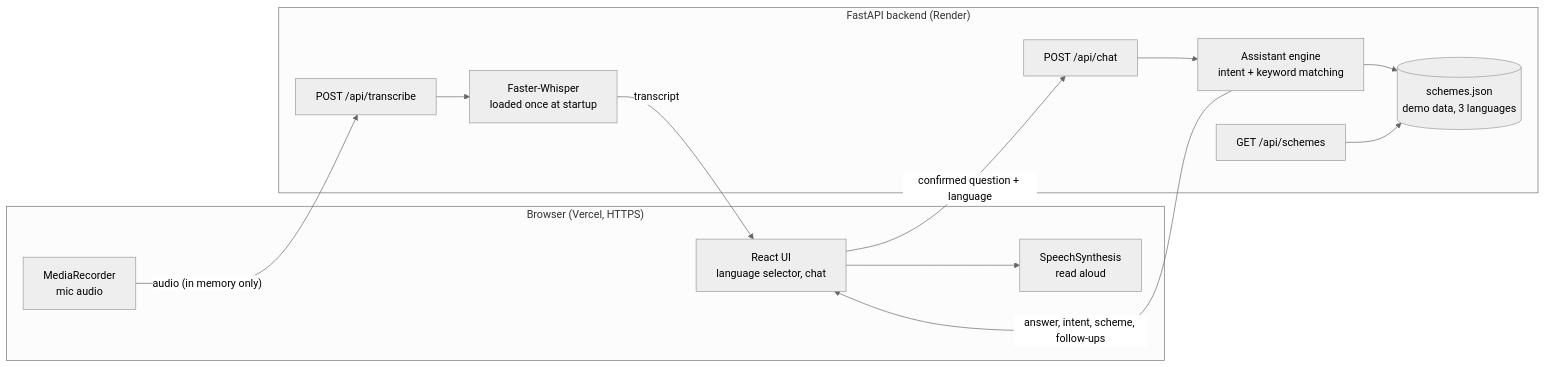
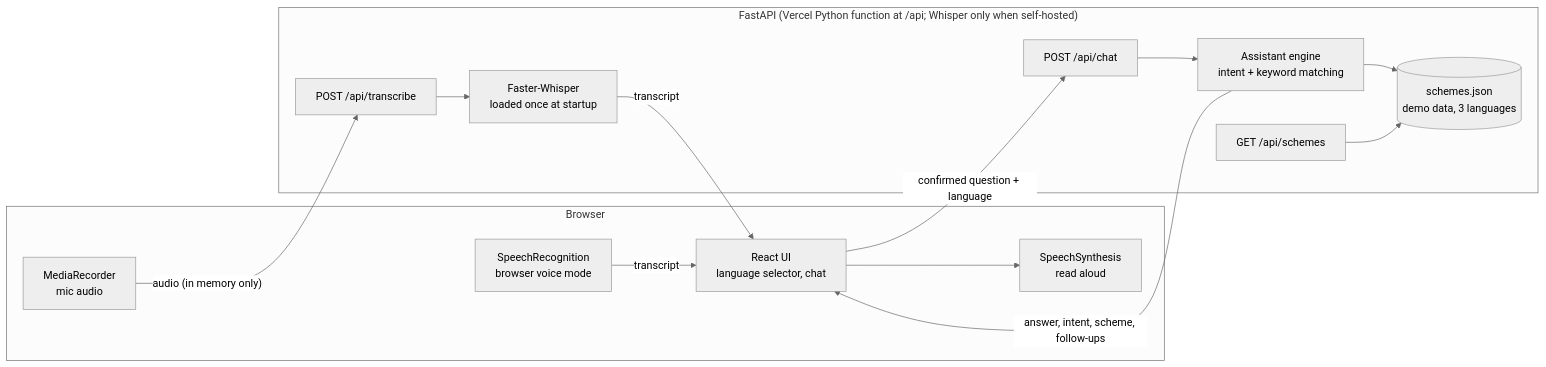
Before and after one commit to codedbygo/BashaBuddy: the diagram in README.md, drawn with Mermaid (neutral theme). The commit also changed other lines of this file and 9 other files, not shown here.

Commit message:
Host everything on Vercel: API as Python function, browser speech recognition

````diff
--- a/README.md
+++ b/README.md
@@ -40,22 +42,24 @@
 ```mermaid
 flowchart LR
-    subgraph Browser["Browser (Vercel, HTTPS)"]
+    subgraph Browser["Browser"]
         UI["React UI<br/>language selector, chat"]
         MR["MediaRecorder<br/>mic audio"]
+        SR["SpeechRecognition<br/>browser voice mode"]
         TTS["SpeechSynthesis<br/>read aloud"]
     end
-    subgraph API["FastAPI backend (Render)"]
+    subgraph API["FastAPI (Vercel Python function at /api; Whisper only when self-hosted)"]
         T["POST /api/transcribe"]
         C["POST /api/chat"]
         S["GET /api/schemes"]
         W["Faster-Whisper<br/>loaded once at startup"]
         A["Assistant engine<br/>intent + keyword matching"]
         D[("schemes.json<br/>demo data, 3 languages")]
     end
     MR -- "audio (in memory only)" --> T --> W
+    SR -- transcript --> UI
     W -- transcript --> UI
     UI -- "confirmed question + language" --> C --> A --> D
     S --> D
     A -- "answer, intent, scheme, follow-ups" --> UI
     UI --> TTS
 ```
````
